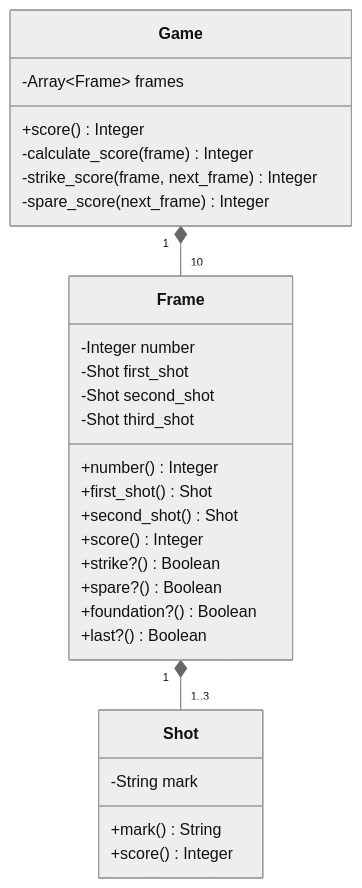
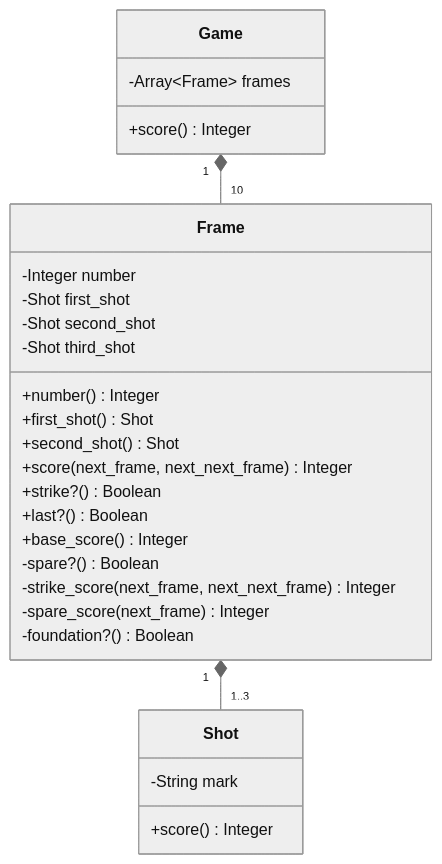
One commit to utsubo256/ruby-practices changed the diagram in 06.bowling_object/class_diagram.mmd. Above: the diagram before and after it, drawn with Mermaid (neutral theme). The commit also changed 2 other files, not shown here.

```diff
--- a/06.bowling_object/class_diagram.mmd
+++ b/06.bowling_object/class_diagram.mmd
@@ -1,32 +1,31 @@
 classDiagram
     class Shot {
       -String mark
-      +mark() String
       +score() Integer
     }
 
     class Frame {
       -Integer number
       -Shot first_shot
       -Shot second_shot
       -Shot third_shot
       +number() Integer
       +first_shot() Shot
       +second_shot() Shot
-      +score() Integer
+      +score(next_frame, next_next_frame) Integer
       +strike?() Boolean
-      +spare?() Boolean
-      +foundation?() Boolean
       +last?() Boolean
+      +base_score() Integer
+      -spare?() Boolean
+      -strike_score(next_frame, next_next_frame) Integer
+      -spare_score(next_frame) Integer
+      -foundation?() Boolean
     }
 
     class Game {
       -Array~Frame~ frames
       +score() Integer
-      -calculate_score(frame) Integer
-      -strike_score(frame, next_frame) Integer
-      -spare_score(next_frame) Integer
     }
 
     Game "1" *-- "10" Frame
     Frame "1" *-- "1..3" Shot
```
